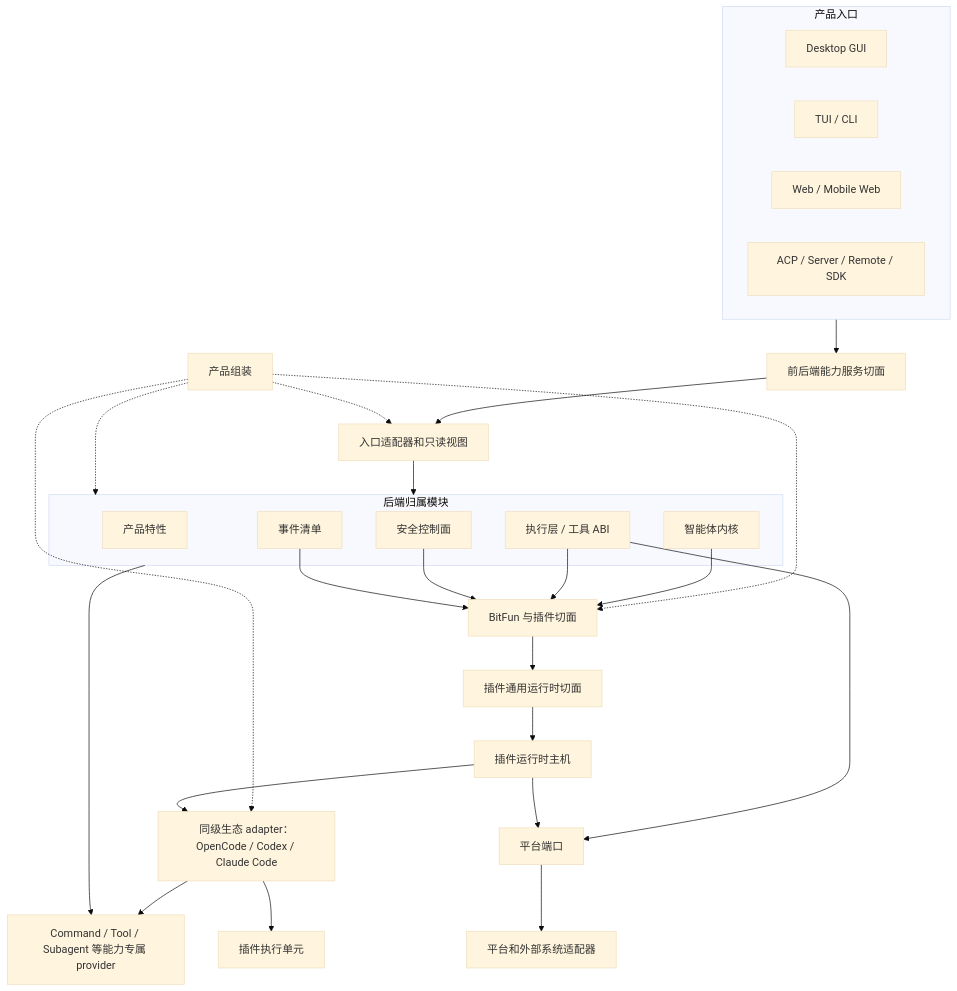
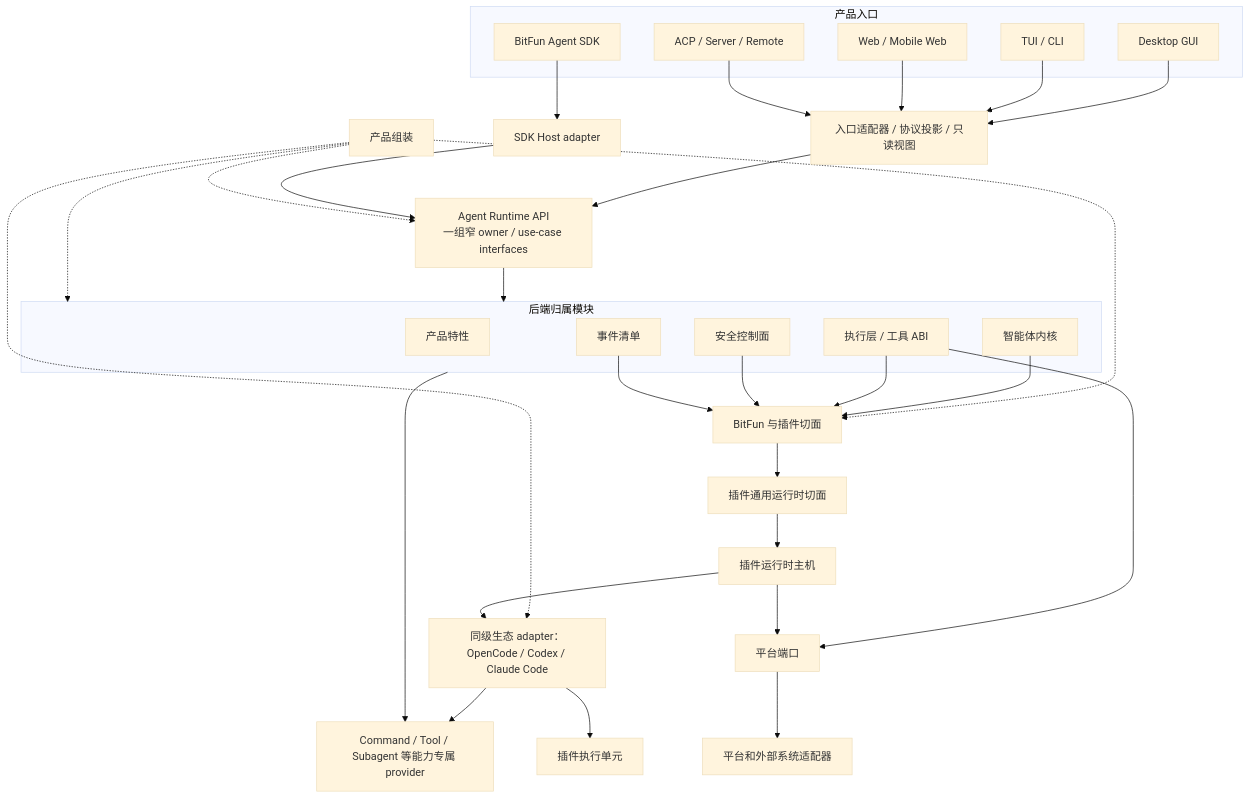
The first of 2 diagrams in docs/architecture/product-architecture.md (1688mengdie/BitFun), drawn with Mermaid (base theme) before and after one commit. The commit also changed other lines of this file and 4 other files, not shown here.

Commit message:
docs(architecture): define agent SDK product boundary

````diff
--- a/docs/architecture/product-architecture.md
+++ b/docs/architecture/product-architecture.md
@@ -160,51 +174,58 @@
 ```mermaid
 flowchart TB
   subgraph Entry["产品入口"]
     Desktop["Desktop GUI"]
     Cli["TUI / CLI"]
     Web["Web / Mobile Web"]
-    Protocol["ACP / Server / Remote / SDK"]
+    Protocol["ACP / Server / Remote"]
+    PublicSdk["BitFun Agent SDK"]
   end
 
-  CapabilitySurface["前后端能力服务切面"]
-  Projection["入口适配器和只读视图"]
+  Projection["入口适配器 / 协议投影 / 只读视图"]
+  SdkHost["SDK Host adapter"]
+  RuntimeApi["Agent Runtime API\n一组窄 owner / use-case interfaces"]
   Assembly["产品组装"]
 
   subgraph Owners["后端归属模块"]
     Feature["产品特性"]
     Kernel["智能体内核"]
     Execution["执行层 / 工具 ABI"]
     Security["安全控制面"]
     Events["事件清单"]
   end
 
   Extension["BitFun 与插件切面"]
   HostAbi["插件通用运行时切面"]
   PluginHost["插件运行时主机"]
   ProviderPorts["Command / Tool / Subagent 等能力专属 provider"]
   EcosystemAdapters["同级生态 adapter：OpenCode / Codex / Claude Code"]
   PluginUnit["插件执行单元"]
   PlatformPorts["平台端口"]
   PlatformAdapters["平台和外部系统适配器"]
 
-  Entry --> CapabilitySurface
-  CapabilitySurface --> Projection
-  Projection --> Owners
-  Assembly -.-> Projection
+  Desktop --> Projection
+  Cli --> Projection
+  Web --> Projection
+  Protocol --> Projection
+  PublicSdk --> SdkHost
+  Projection --> RuntimeApi
+  SdkHost --> RuntimeApi
+  RuntimeApi --> Owners
+  Assembly -.-> RuntimeApi
   Assembly -.-> Owners
   Assembly -.-> Extension
   Kernel --> Extension
   Execution --> Extension
   Security --> Extension
   Events --> Extension
   Extension --> HostAbi
   HostAbi --> PluginHost
   Owners --> ProviderPorts
   Assembly -.-> EcosystemAdapters
   EcosystemAdapters --> ProviderPorts
   PluginHost --> EcosystemAdapters
   EcosystemAdapters --> PluginUnit
   Execution --> PlatformPorts
   PluginHost --> PlatformPorts
   PlatformPorts --> PlatformAdapters
 ```
````
